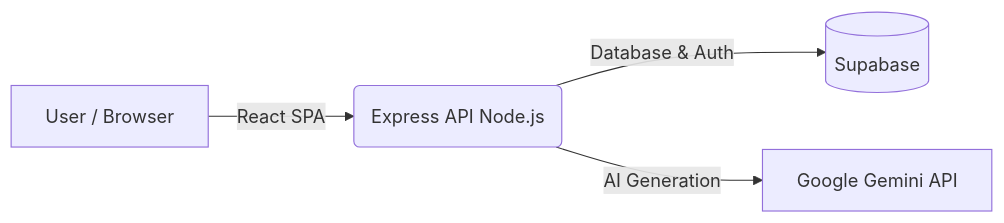
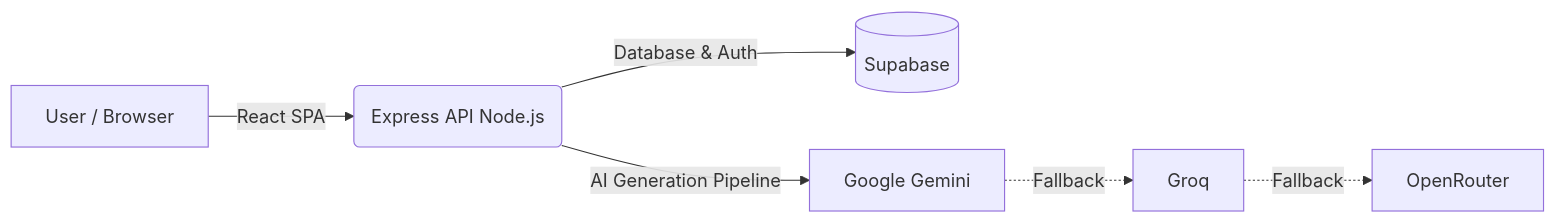
One commit to Jollykoki-web/studioos changed the diagram in README.md. Above: the diagram before and after it, drawn with Mermaid. The commit also changed other lines of this file, not shown here.

````diff
--- a/README.md
+++ b/README.md
@@ -60,6 +60,8 @@
 ```mermaid
 graph LR
   A[User / Browser] -->|React SPA| B(Express API Node.js)
   B -->|Database & Auth| C[(Supabase)]
-  B -->|AI Generation| D[Google Gemini API]
+  B -->|AI Generation Pipeline| D[Google Gemini]
+  D -.->|Fallback| E[Groq]
+  E -.->|Fallback| F[OpenRouter]
 ```
````
